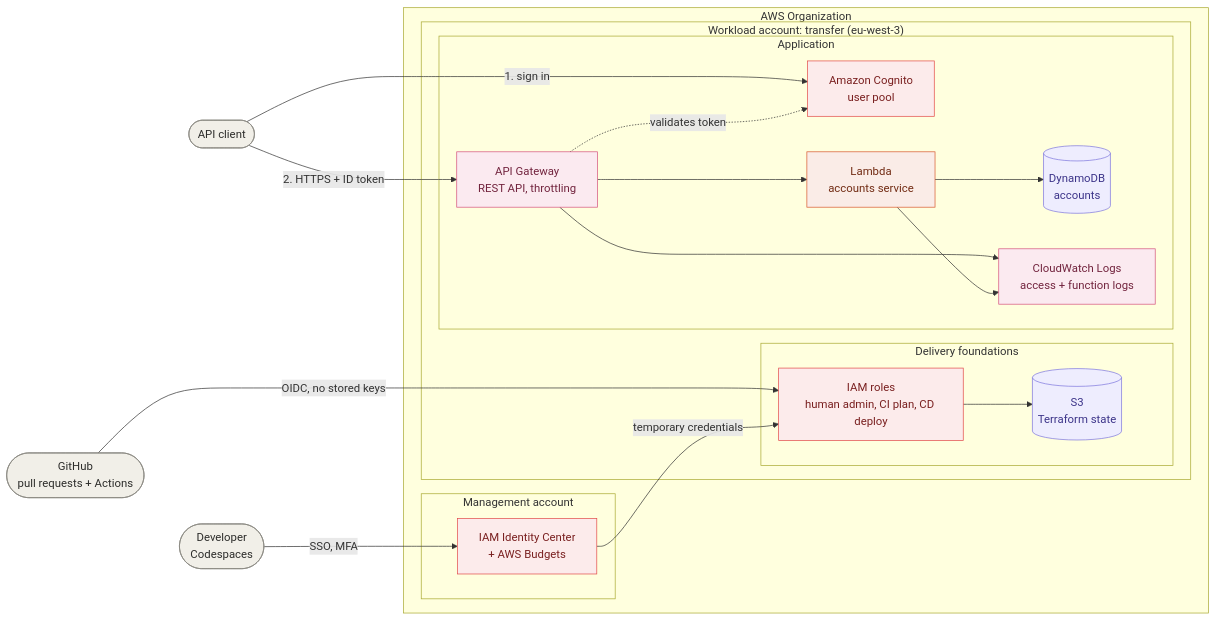
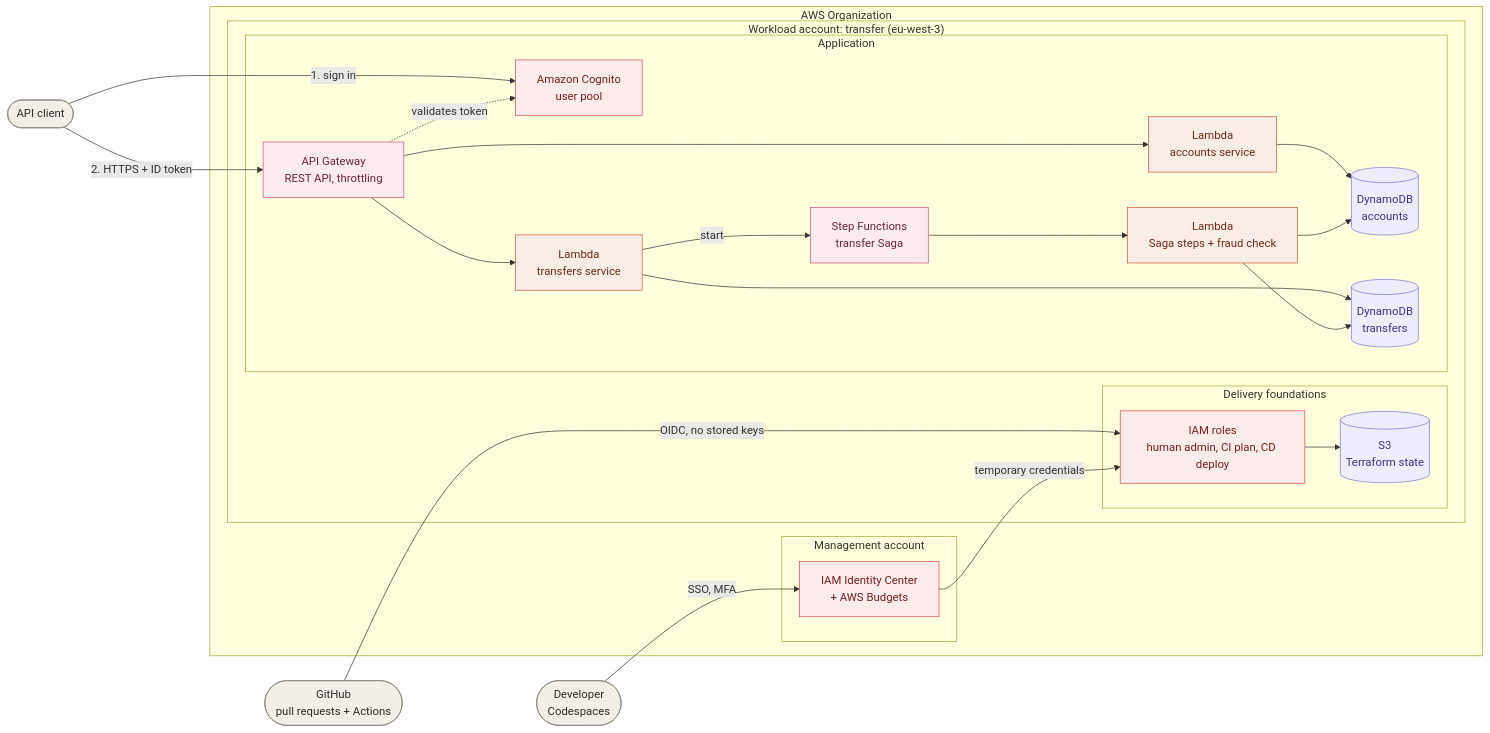
One commit to samibhiri/serverless-transfer-saga changed the diagram in README.md. Above: the diagram before and after it, drawn with Mermaid. The commit also changed other lines of this file and 2 other files, not shown here.

Commit message:
docs: complete phase 2 (transfer Saga end-to-end tests and results) (#20)

````diff
--- a/README.md
+++ b/README.md
@@ -35,50 +35,56 @@
 ```mermaid
 flowchart LR
     dev(["Developer<br/>Codespaces"])
     gh(["GitHub<br/>pull requests + Actions"])
     client(["API client"])
 
     subgraph org["AWS Organization"]
         subgraph mgmt["Management account"]
             idc["IAM Identity Center<br/>+ AWS Budgets"]
         end
         subgraph wl["Workload account: transfer (eu-west-3)"]
             subgraph delivery["Delivery foundations"]
                 roles["IAM roles<br/>human admin, CI plan, CD deploy"]
                 state[("S3<br/>Terraform state")]
             end
             subgraph application["Application"]
                 cognito["Amazon Cognito<br/>user pool"]
                 apigw["API Gateway<br/>REST API, throttling"]
                 fn["Lambda<br/>accounts service"]
+                tfn["Lambda<br/>transfers service"]
+                sfn["Step Functions<br/>transfer Saga"]
+                steps["Lambda<br/>Saga steps + fraud check"]
                 ddb[("DynamoDB<br/>accounts")]
-                logs["CloudWatch Logs<br/>access + function logs"]
+                tdb[("DynamoDB<br/>transfers")]
             end
         end
     end
 
     gh -- "OIDC, no stored keys" --> roles
     gh ~~~ dev
     dev -- "SSO, MFA" --> idc
     idc -- "temporary credentials" --> roles
     roles --> state
     client -- "1. sign in" --> cognito
     client -- "2. HTTPS + ID token" --> apigw
     apigw -. "validates token" .-> cognito
     apigw --> fn --> ddb
-    apigw --> logs
-    fn --> logs
+    apigw --> tfn --> tdb
+    tfn -- "start" --> sfn
+    sfn --> steps
+    steps --> ddb
+    steps --> tdb
 
     classDef actor fill:#F1EFE8,stroke:#888780,color:#2C2C2A
     classDef identity fill:#FCEBEB,stroke:#E24B4A,color:#791F1F
     classDef data fill:#EEEDFE,stroke:#7F77DD,color:#3C3489
     classDef compute fill:#FAECE7,stroke:#D85A30,color:#712B13
     classDef integration fill:#FBEAF0,stroke:#D4537E,color:#72243E
     classDef todo fill:#FFFFFF,stroke:#888780,color:#5F5E5A,stroke-dasharray: 4 3
     class client,dev,gh actor
     class idc,roles identity
-    class state,ddb data
-    class fn compute
-    class apigw,logs integration
+    class state,ddb,tdb data
+    class fn,tfn,steps compute
+    class apigw,sfn integration
     class cognito identity
 ```
````
